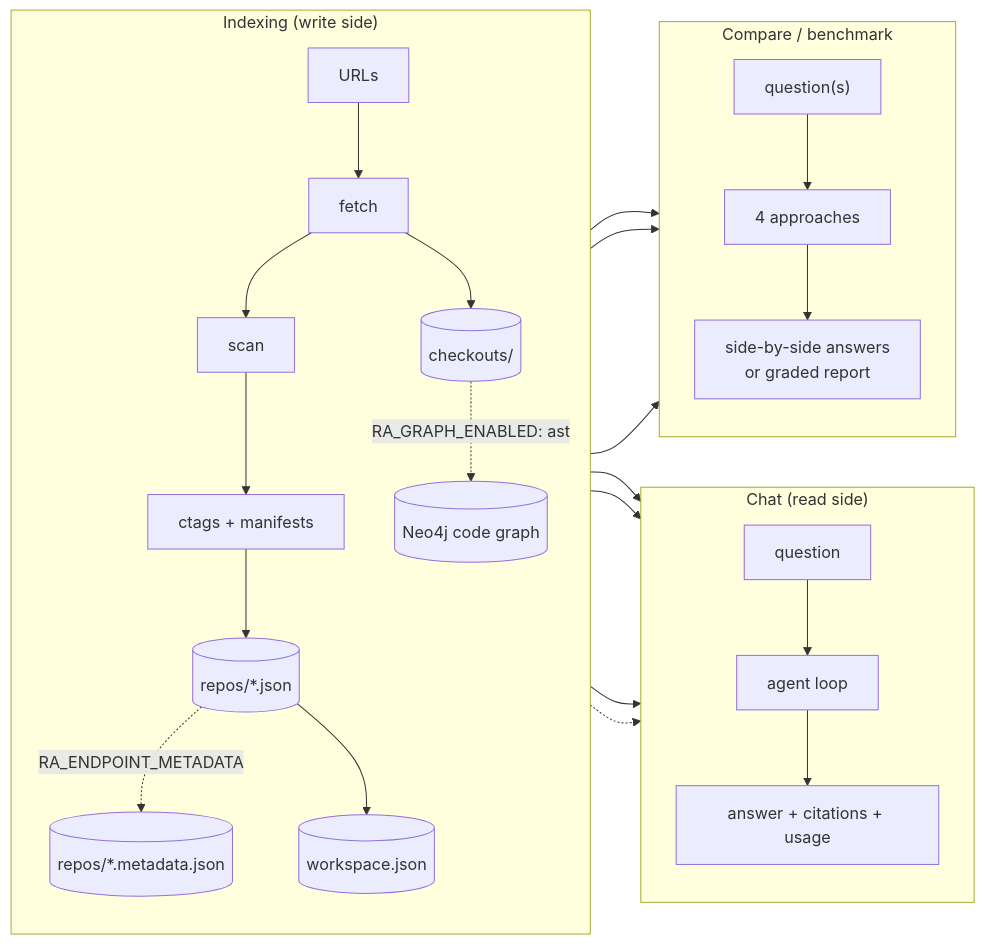
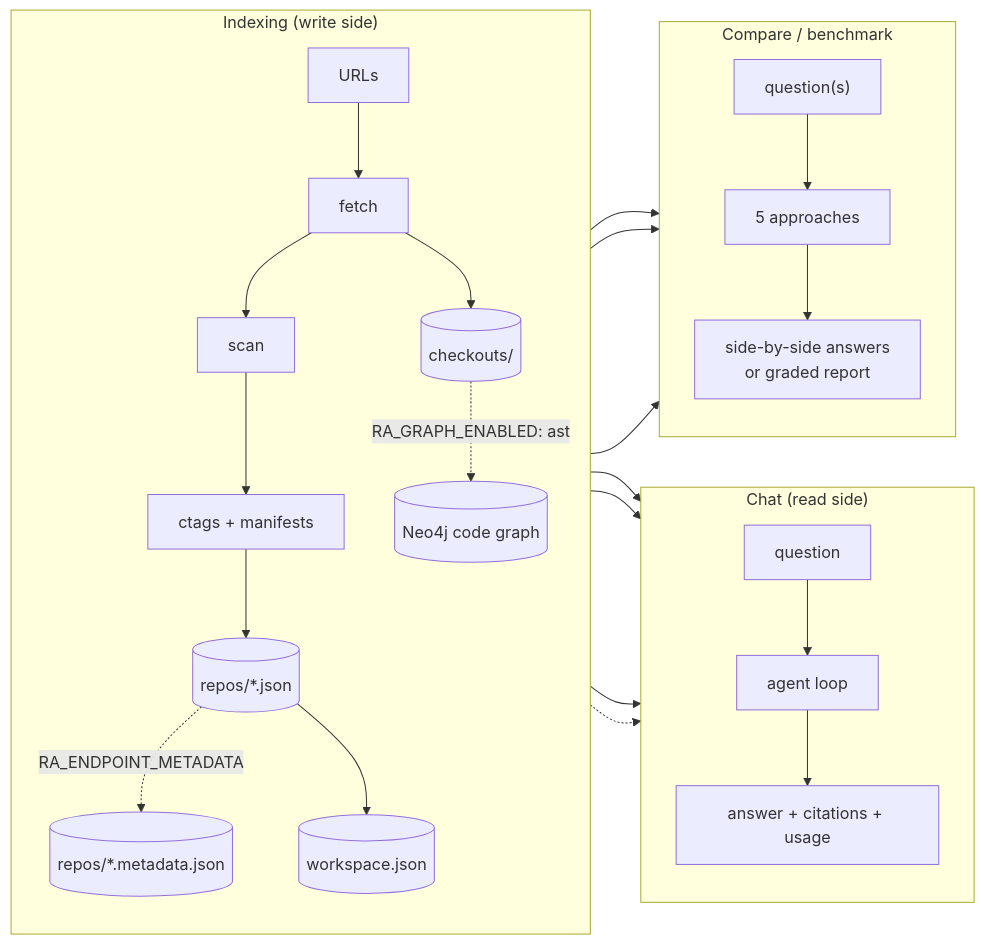
The first of 9 diagrams in backend/docs/dataflow.md (ankmay0/repository-analyzer), drawn with Mermaid before and after one commit. The commit also changed other lines of this file and 18 other files, not shown here.

First line of the commit message:
Add a json-graph approach to Compare and the benchmark

````diff
--- a/backend/docs/dataflow.md
+++ b/backend/docs/dataflow.md
@@ -12,26 +12,26 @@
 ```mermaid
 flowchart LR
     subgraph Write["Indexing (write side)"]
       direction TB
       U1[URLs] --> FE[fetch] --> SC[scan] --> CT[ctags + manifests] --> IX[("repos/*.json")]
       FE --> CO[("checkouts/")]
       IX -.->|"RA_ENDPOINT_METADATA"| MD[("repos/*.metadata.json")]
       IX --> WS[("workspace.json")]
       CO -.->|"RA_GRAPH_ENABLED: ast"| NG[("Neo4j code graph")]
     end
     subgraph Read["Chat (read side)"]
       direction TB
       Q[question] --> AG[agent loop] --> AN["answer + citations + usage"]
     end
     subgraph Cmp["Compare / benchmark"]
       direction TB
-      Q2["question(s)"] --> AP["4 approaches"] --> RES["side-by-side answers<br/>or graded report"]
+      Q2["question(s)"] --> AP["5 approaches"] --> RES["side-by-side answers<br/>or graded report"]
     end
     WS --> AG
     IX --> AG
     CO --> AG
     MD -.-> AG
     WS --> AP
     IX --> AP
     CO --> AP
 ```
````
